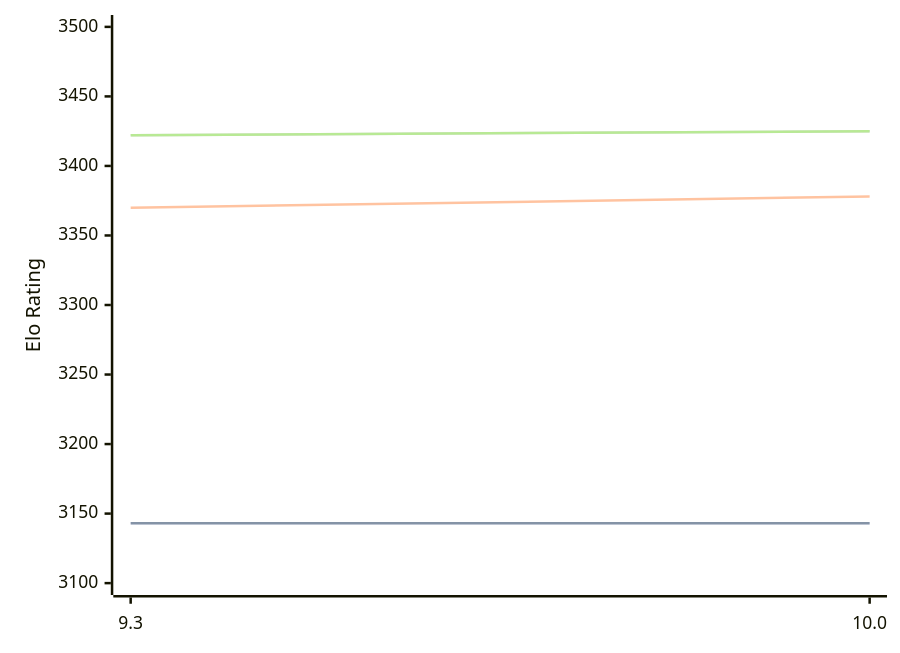
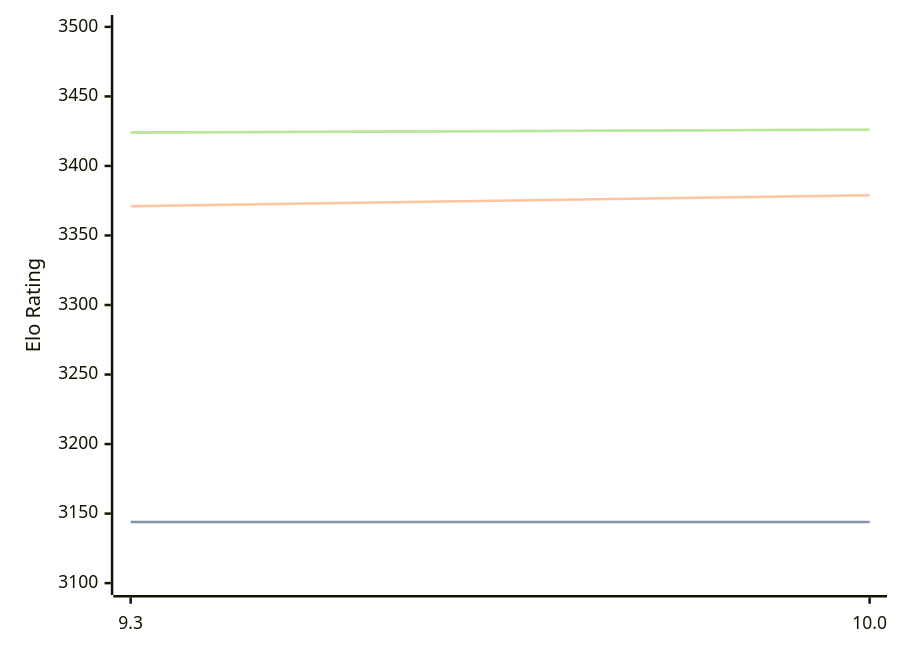
Before and after one commit to computer-chess-index/cci: the diagram in engines/Fire.md, drawn with Mermaid. The commit also changed other lines of this file, not shown here.

Commit message:
Update CCI Ratings (ELO VLTC) - 2026-08-22

````diff
--- a/engines/Fire.md
+++ b/engines/Fire.md
@@ -32,11 +32,11 @@
 ```mermaid
 %%{init: {"theme":"base","themeVariables":{"seriesColors:['#a3a3a3','#222221','#faa371']}}}%%
 xychart-beta
   x-axis ["9.3", "10.0"]
   y-axis "Elo Rating" 3100 --> 3500
-  line "STC (8.0+0.08s)" [3143, 3143]
-  line "STC (8.0+0.08s)" [3143, 3143]
-  line "LTC (60.0+0.60s)" [3370, 3378]
-  line "VLTC (2m24s+1.12s)" [3422, 3425]
-  line "VLTC (2m24s+1.12s)" [3422, 3425]
+  line "STC (8.0+0.08s)" [3144, 3144]
+  line "STC (8.0+0.08s)" [3144, 3144]
+  line "LTC (60.0+0.60s)" [3371, 3379]
+  line "VLTC (2m24s+1.12s)" [3424, 3426]
+  line "VLTC (2m24s+1.12s)" [3424, 3426]
 ```
````
